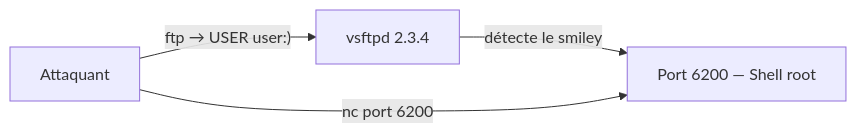
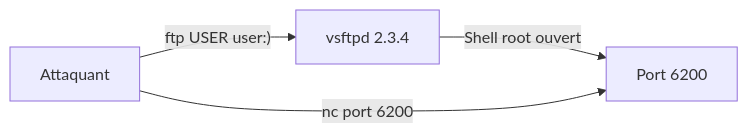
One commit to yugmerabtene/techniques-de-hacking-niveau-1 changed the third of 3 diagrams in JOUR-02.md. Above: the diagram before and after it, drawn with Mermaid. The commit also changed other lines of this file and 12 other files, not shown here.

````diff
--- a/JOUR-02.md
+++ b/JOUR-02.md
@@ -156,6 +143,6 @@
 ```mermaid
 flowchart LR
-    A["Attaquant"] -->|"ftp → USER user:)"| B["vsftpd 2.3.4"]
-    B -->|"détecte le smiley"| C["Port 6200 — Shell root"]
+    A["Attaquant"] -->|"ftp USER user:)"| B["vsftpd 2.3.4"]
+    B -->|"Shell root ouvert"| C["Port 6200"]
     A -->|"nc port 6200"| C
 ```
````
